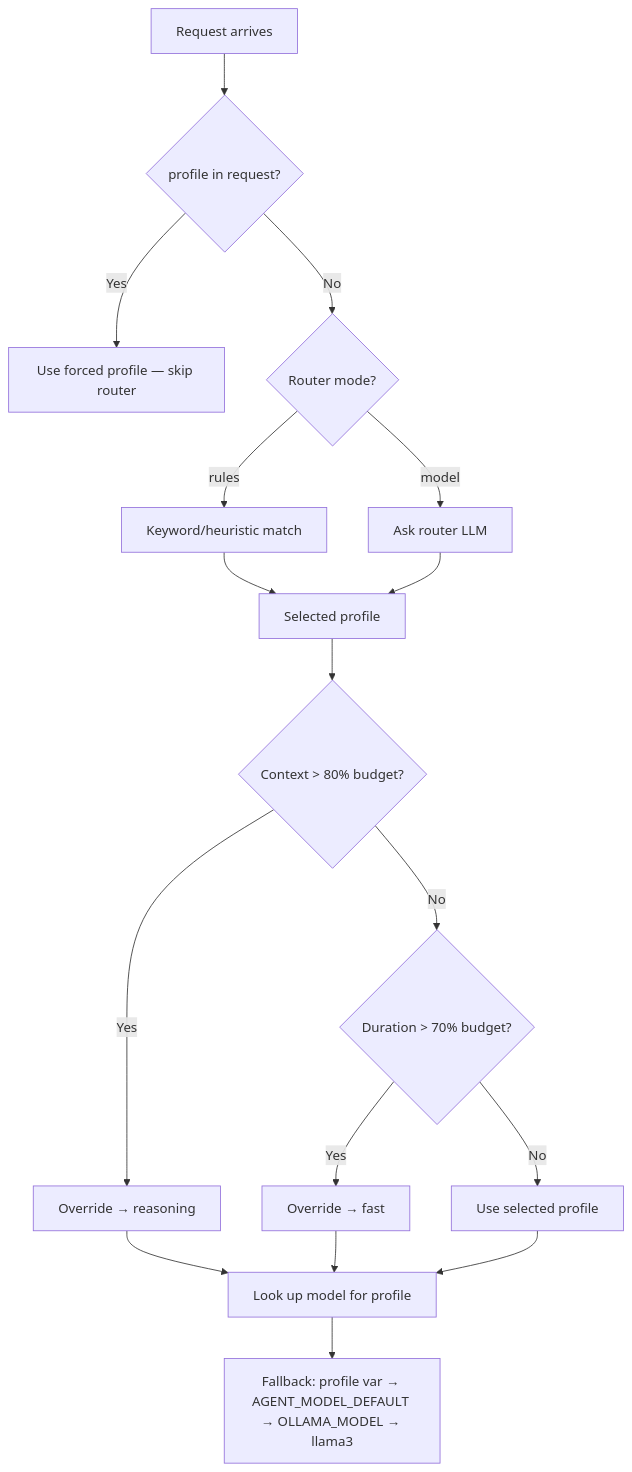
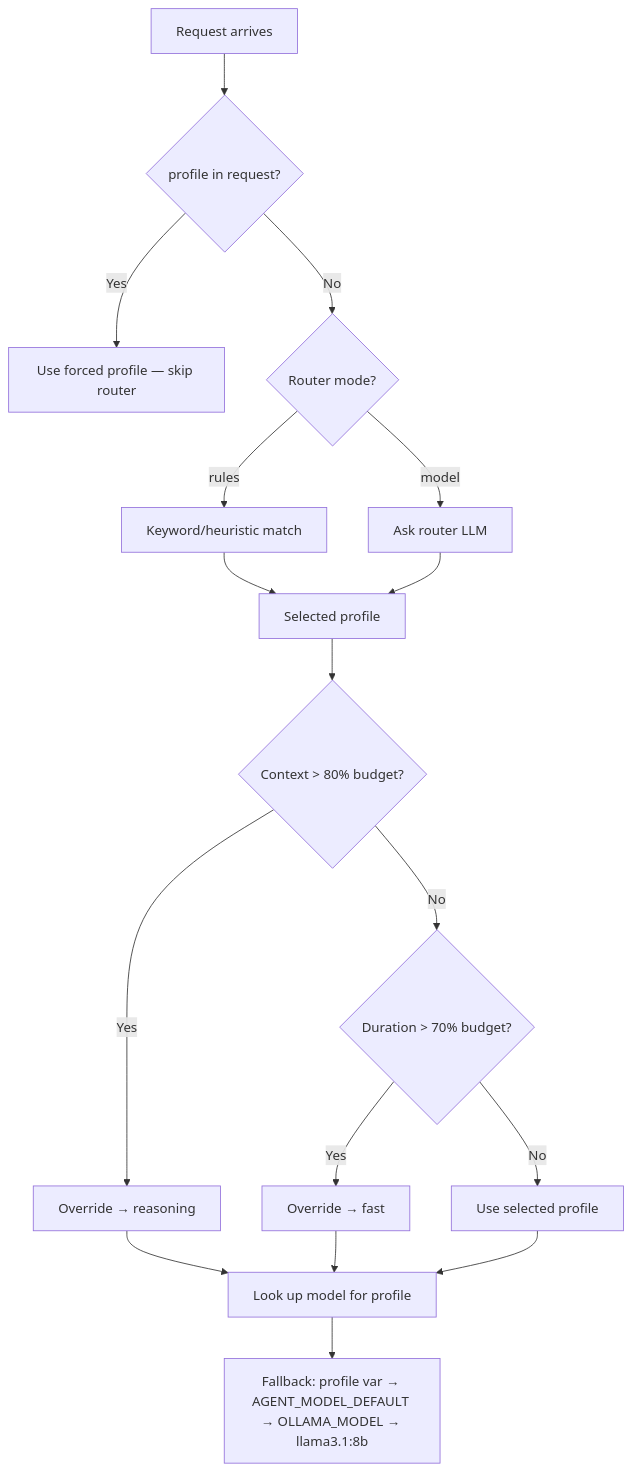
One commit to Guebbit/AI-coding-assistant changed the third of 3 diagrams in docs/examples/model-routing.md. Above: the diagram before and after it, drawn with Mermaid. The commit also changed 30 other files, not shown here.

````diff
--- a/docs/examples/model-routing.md
+++ b/docs/examples/model-routing.md
@@ -167,19 +167,19 @@
 ```mermaid
 flowchart TD
     A[Request arrives] --> B{profile in request?}
     B -->|Yes| C[Use forced profile — skip router]
     B -->|No| D{Router mode?}
     D -->|rules| E[Keyword/heuristic match]
     D -->|model| F[Ask router LLM]
     E --> G[Selected profile]
     F --> G
     G --> H{Context > 80% budget?}
     H -->|Yes| I[Override → reasoning]
     H -->|No| J{Duration > 70% budget?}
     J -->|Yes| K[Override → fast]
     J -->|No| L[Use selected profile]
     I --> M[Look up model for profile]
     K --> M
     L --> M
-    M --> N["Fallback: profile var → AGENT_MODEL_DEFAULT → OLLAMA_MODEL → llama3"]
+    M --> N["Fallback: profile var → AGENT_MODEL_DEFAULT → OLLAMA_MODEL → llama3.1:8b"]
 ```
````
